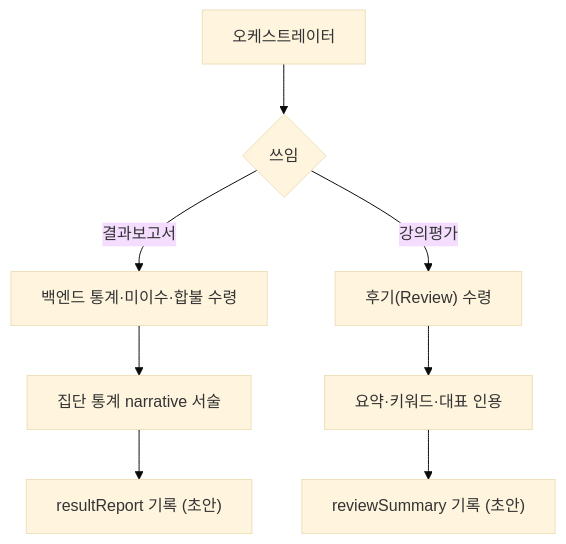
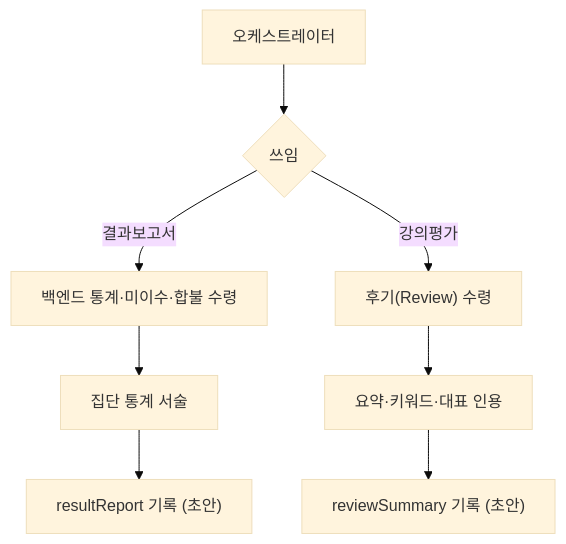
The second of 2 diagrams in docs/agents/eval_survey_summary.md (Doc-AI-Agent-development/Doc-AI-Agent-development.github.io), drawn with Mermaid (base theme) before and after one commit. The commit also changed other lines of this file and 3 other files, not shown here.

First line of the commit message:
Refine 4 agent diagrams and wording

````diff
--- a/docs/agents/eval_survey_summary.md
+++ b/docs/agents/eval_survey_summary.md
@@ -45,10 +46,10 @@
 ```mermaid
 flowchart TD
     ORCH["오케스트레이터"] --> U{"쓰임"}
     U -->|"결과보고서"| R1["백엔드 통계·미이수·합불 수령"]
-    R1 --> R2["집단 통계 narrative 서술"]
+    R1 --> R2["집단 통계 서술"]
     R2 --> O1["resultReport 기록 (초안)"]
     U -->|"강의평가"| S1["후기(Review) 수령"]
     S1 --> S2["요약·키워드·대표 인용"]
     S2 --> O2["reviewSummary 기록 (초안)"]
 ```
````
